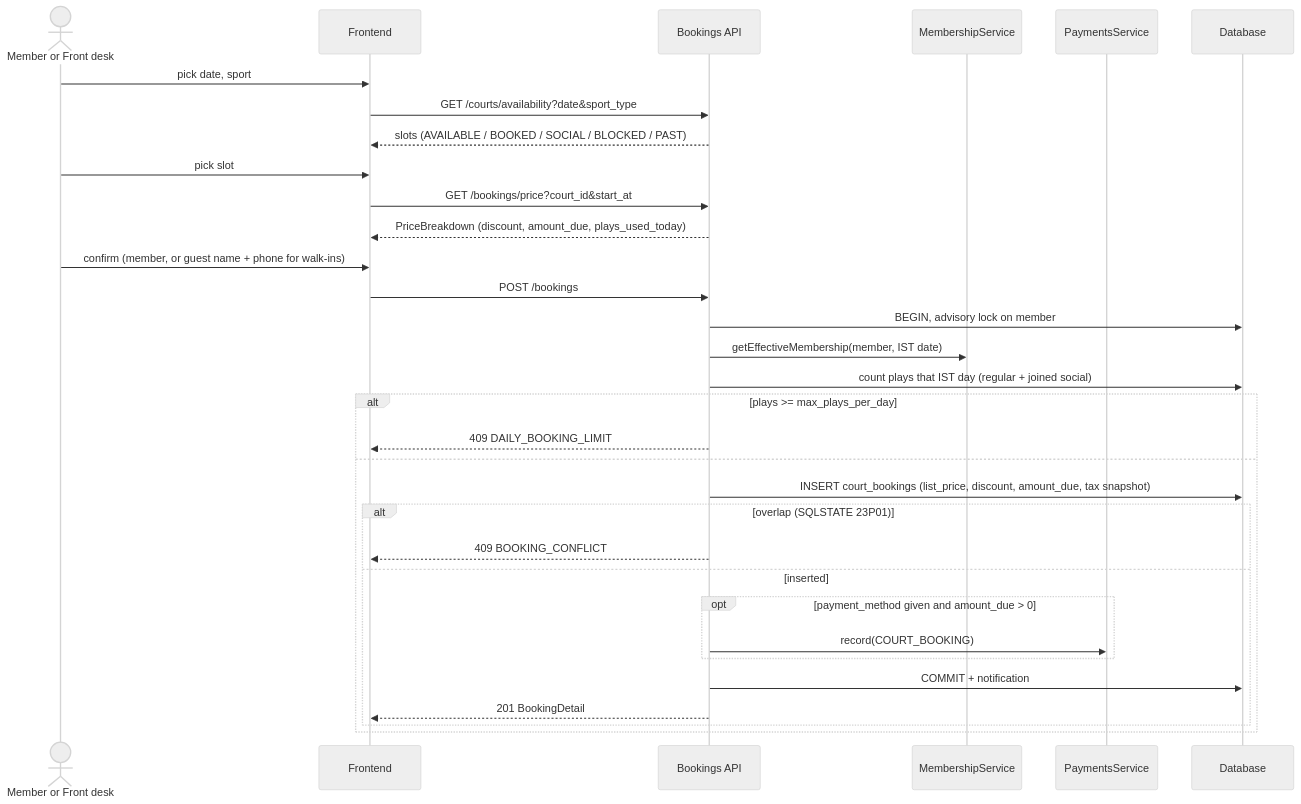
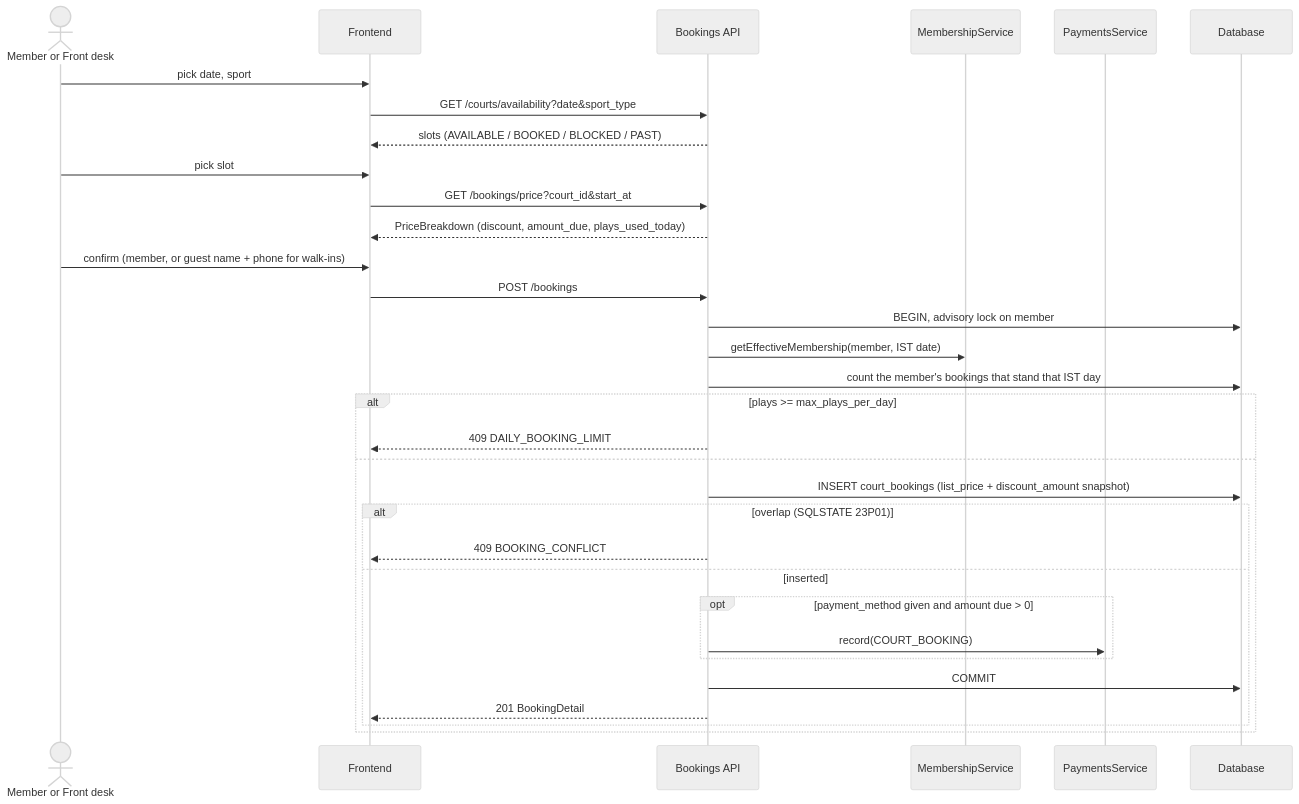
The sixth of 18 diagrams in docs/workflows/USER_FLOWS.md (OjasPurohit/Meridian-Bay), drawn with Mermaid (neutral theme) before and after one commit. The commit also changed other lines of this file and 276 other files, not shown here.

````diff
--- a/docs/workflows/USER_FLOWS.md
+++ b/docs/workflows/USER_FLOWS.md
@@ -126,34 +121,34 @@
 ```mermaid
 sequenceDiagram
   actor U as Member or Front desk
   participant FE as Frontend
   participant API as Bookings API
   participant MS as MembershipService
   participant PS as PaymentsService
   participant DB as Database
   U->>FE: pick date, sport
   FE->>API: GET /courts/availability?date&sport_type
-  API-->>FE: slots (AVAILABLE / BOOKED / SOCIAL / BLOCKED / PAST)
+  API-->>FE: slots (AVAILABLE / BOOKED / BLOCKED / PAST)
   U->>FE: pick slot
   FE->>API: GET /bookings/price?court_id&start_at
   API-->>FE: PriceBreakdown (discount, amount_due, plays_used_today)
   U->>FE: confirm (member, or guest name + phone for walk-ins)
   FE->>API: POST /bookings
   API->>DB: BEGIN, advisory lock on member
   API->>MS: getEffectiveMembership(member, IST date)
-  API->>DB: count plays that IST day (regular + joined social)
+  API->>DB: count the member's bookings that stand that IST day
   alt plays >= max_plays_per_day
     API-->>FE: 409 DAILY_BOOKING_LIMIT
   else
-    API->>DB: INSERT court_bookings (list_price, discount, amount_due, tax snapshot)
+    API->>DB: INSERT court_bookings (list_price + discount_amount snapshot)
     alt overlap (SQLSTATE 23P01)
       API-->>FE: 409 BOOKING_CONFLICT
     else inserted
-      opt payment_method given and amount_due > 0
+      opt payment_method given and amount due > 0
         API->>PS: record(COURT_BOOKING)
       end
-      API->>DB: COMMIT + notification
+      API->>DB: COMMIT
       API-->>FE: 201 BookingDetail
     end
   end
 ```
````
